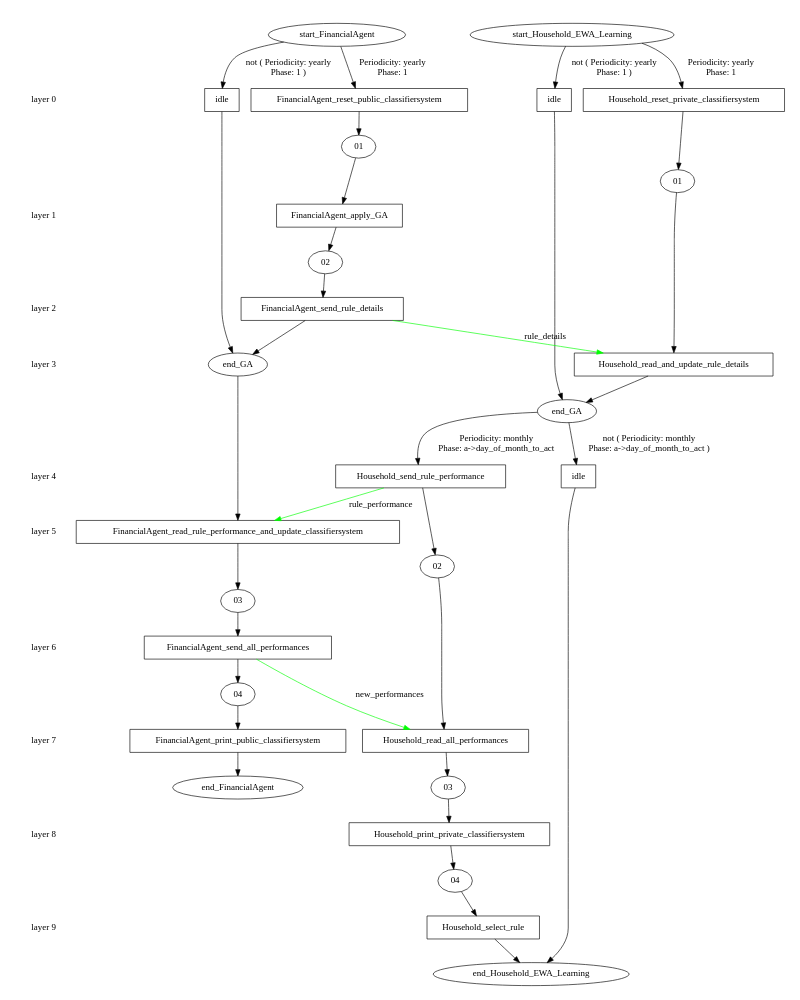
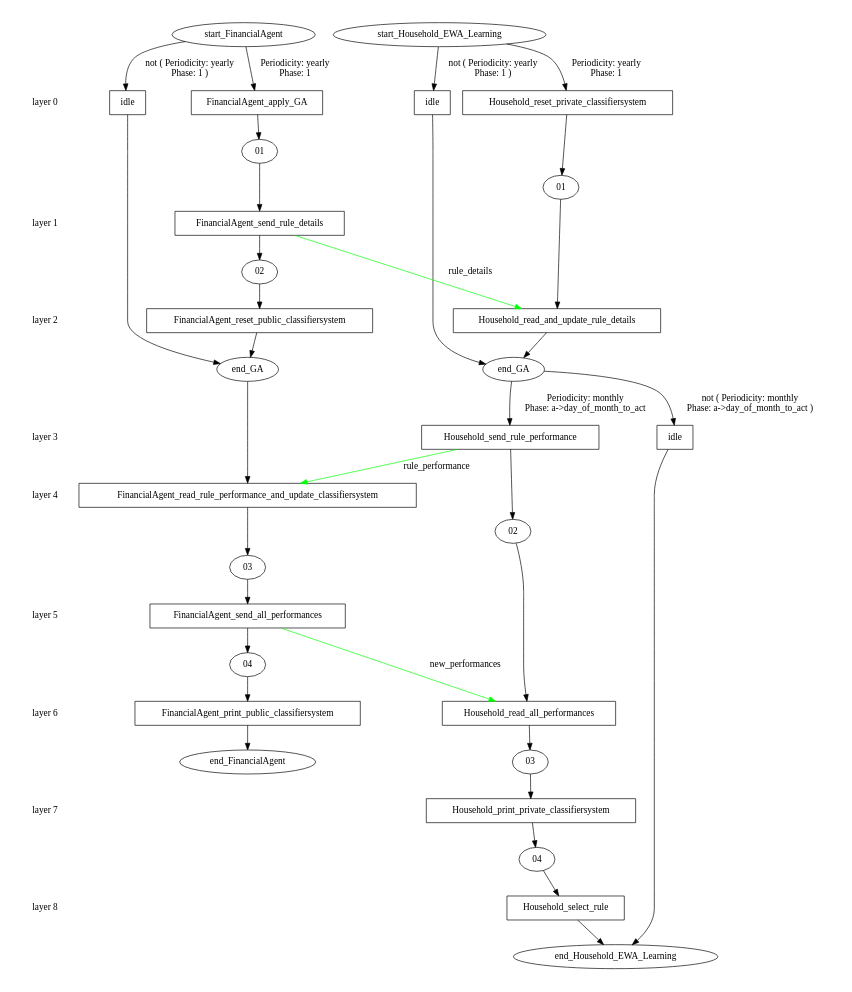
Before and after one commit to ETACE/EURACE: the diagram in models/AFM/afm_branches/initial/ewa_learning/stategraph.dot, drawn with Graphviz. The commit also changed 21 other files, not shown here.

```diff
--- a/models/AFM/afm_branches/initial/ewa_learning/stategraph.dot
+++ b/models/AFM/afm_branches/initial/ewa_learning/stategraph.dot
@@ -1,101 +1,98 @@
 digraph state_graph {
 	rankdir=TB;
 	size="8,5;"
 	layer_0 [shape=plaintext, label="layer 0"];
 	layer_1 [shape=plaintext, label="layer 1"];
 	layer_0 -> layer_1 [style=invis];
 	layer_2 [shape=plaintext, label="layer 2"];
 	layer_1 -> layer_2 [style=invis];
 	layer_3 [shape=plaintext, label="layer 3"];
 	layer_2 -> layer_3 [style=invis];
 	layer_4 [shape=plaintext, label="layer 4"];
 	layer_3 -> layer_4 [style=invis];
 	layer_5 [shape=plaintext, label="layer 5"];
 	layer_4 -> layer_5 [style=invis];
 	layer_6 [shape=plaintext, label="layer 6"];
 	layer_5 -> layer_6 [style=invis];
 	layer_7 [shape=plaintext, label="layer 7"];
 	layer_6 -> layer_7 [style=invis];
 	layer_8 [shape=plaintext, label="layer 8"];
 	layer_7 -> layer_8 [style=invis];
-	layer_9 [shape=plaintext, label="layer 9"];
-	layer_8 -> layer_9 [style=invis];
 	
 	/* States */
 	Household_04 [label = "04"]
 	Household_03 [label = "03"]
 	Household_02 [label = "02"]
 	Household_end_Household_EWA_Learning [label = "end_Household_EWA_Learning"]
 	Household_01 [label = "01"]
 	Household_end_GA [label = "end_GA"]
 	Household_start_Household_EWA_Learning [label = "start_Household_EWA_Learning"]
 	FinancialAgent_end_FinancialAgent [label = "end_FinancialAgent"]
 	FinancialAgent_04 [label = "04"]
 	FinancialAgent_03 [label = "03"]
 	FinancialAgent_02 [label = "02"]
 	FinancialAgent_01 [label = "01"]
 	FinancialAgent_end_GA [label = "end_GA"]
 	FinancialAgent_start_FinancialAgent [label = "start_FinancialAgent"]
 	Household_idle_start_Household_EWA_Learning_end_GA [label = "idle", shape = rect]
 	Household_Household_reset_private_classifiersystem_start_Household_EWA_Learning_01 [label = "Household_reset_private_classifiersystem", shape = rect]
 	Household_Household_read_and_update_rule_details_01_end_GA [label = "Household_read_and_update_rule_details", shape = rect]
 	Household_idle_end_GA_end_Household_EWA_Learning [label = "idle", shape = rect]
 	Household_Household_send_rule_performance_end_GA_02 [label = "Household_send_rule_performance", shape = rect]
 	Household_Household_read_all_performances_02_03 [label = "Household_read_all_performances", shape = rect]
 	Household_Household_print_private_classifiersystem_03_04 [label = "Household_print_private_classifiersystem", shape = rect]
 	Household_Household_select_rule_04_end_Household_EWA_Learning [label = "Household_select_rule", shape = rect]
 	FinancialAgent_idle_start_FinancialAgent_end_GA [label = "idle", shape = rect]
-	FinancialAgent_FinancialAgent_reset_public_classifiersystem_start_FinancialAgent_01 [label = "FinancialAgent_reset_public_classifiersystem", shape = rect]
-	FinancialAgent_FinancialAgent_apply_GA_01_02 [label = "FinancialAgent_apply_GA", shape = rect]
-	FinancialAgent_FinancialAgent_send_rule_details_02_end_GA [label = "FinancialAgent_send_rule_details", shape = rect]
+	FinancialAgent_FinancialAgent_apply_GA_start_FinancialAgent_01 [label = "FinancialAgent_apply_GA", shape = rect]
+	FinancialAgent_FinancialAgent_send_rule_details_01_02 [label = "FinancialAgent_send_rule_details", shape = rect]
+	FinancialAgent_FinancialAgent_reset_public_classifiersystem_02_end_GA [label = "FinancialAgent_reset_public_classifiersystem", shape = rect]
 	FinancialAgent_FinancialAgent_read_rule_performance_and_update_classifiersystem_end_GA_03 [label = "FinancialAgent_read_rule_performance_and_update_classifiersystem", shape = rect]
 	FinancialAgent_FinancialAgent_send_all_performances_03_04 [label = "FinancialAgent_send_all_performances", shape = rect]
 	FinancialAgent_FinancialAgent_print_public_classifiersystem_04_end_FinancialAgent [label = "FinancialAgent_print_public_classifiersystem", shape = rect]
 	
 	/* Transitions */
 	Household_start_Household_EWA_Learning -> Household_idle_start_Household_EWA_Learning_end_GA [ label = "not ( Periodicity: yearly\nPhase: 1 )"];
 	Household_idle_start_Household_EWA_Learning_end_GA -> Household_end_GA;
 	Household_start_Household_EWA_Learning -> Household_Household_reset_private_classifiersystem_start_Household_EWA_Learning_01 [ label = "Periodicity: yearly\nPhase: 1"];
 	Household_Household_reset_private_classifiersystem_start_Household_EWA_Learning_01 -> Household_01;
 	Household_01 -> Household_Household_read_and_update_rule_details_01_end_GA;
 	Household_Household_read_and_update_rule_details_01_end_GA -> Household_end_GA;
 	Household_end_GA -> Household_idle_end_GA_end_Household_EWA_Learning [ label = "not ( Periodicity: monthly\nPhase: a->day_of_month_to_act )"];
 	Household_idle_end_GA_end_Household_EWA_Learning -> Household_end_Household_EWA_Learning;
 	Household_end_GA -> Household_Household_send_rule_performance_end_GA_02 [ label = "Periodicity: monthly\nPhase: a->day_of_month_to_act"];
 	Household_Household_send_rule_performance_end_GA_02 -> Household_02;
 	Household_02 -> Household_Household_read_all_performances_02_03;
 	Household_Household_read_all_performances_02_03 -> Household_03;
 	Household_03 -> Household_Household_print_private_classifiersystem_03_04;
 	Household_Household_print_private_classifiersystem_03_04 -> Household_04;
 	Household_04 -> Household_Household_select_rule_04_end_Household_EWA_Learning;
 	Household_Household_select_rule_04_end_Household_EWA_Learning -> Household_end_Household_EWA_Learning;
 	FinancialAgent_start_FinancialAgent -> FinancialAgent_idle_start_FinancialAgent_end_GA [ label = "not ( Periodicity: yearly\nPhase: 1 )"];
 	FinancialAgent_idle_start_FinancialAgent_end_GA -> FinancialAgent_end_GA;
-	FinancialAgent_start_FinancialAgent -> FinancialAgent_FinancialAgent_reset_public_classifiersystem_start_FinancialAgent_01 [ label = "Periodicity: yearly\nPhase: 1"];
-	FinancialAgent_FinancialAgent_reset_public_classifiersystem_start_FinancialAgent_01 -> FinancialAgent_01;
-	FinancialAgent_01 -> FinancialAgent_FinancialAgent_apply_GA_01_02;
-	FinancialAgent_FinancialAgent_apply_GA_01_02 -> FinancialAgent_02;
-	FinancialAgent_02 -> FinancialAgent_FinancialAgent_send_rule_details_02_end_GA;
-	FinancialAgent_FinancialAgent_send_rule_details_02_end_GA -> FinancialAgent_end_GA;
+	FinancialAgent_start_FinancialAgent -> FinancialAgent_FinancialAgent_apply_GA_start_FinancialAgent_01 [ label = "Periodicity: yearly\nPhase: 1"];
+	FinancialAgent_FinancialAgent_apply_GA_start_FinancialAgent_01 -> FinancialAgent_01;
+	FinancialAgent_01 -> FinancialAgent_FinancialAgent_send_rule_details_01_02;
+	FinancialAgent_FinancialAgent_send_rule_details_01_02 -> FinancialAgent_02;
+	FinancialAgent_02 -> FinancialAgent_FinancialAgent_reset_public_classifiersystem_02_end_GA;
+	FinancialAgent_FinancialAgent_reset_public_classifiersystem_02_end_GA -> FinancialAgent_end_GA;
 	FinancialAgent_end_GA -> FinancialAgent_FinancialAgent_read_rule_performance_and_update_classifiersystem_end_GA_03;
 	FinancialAgent_FinancialAgent_read_rule_performance_and_update_classifiersystem_end_GA_03 -> FinancialAgent_03;
 	FinancialAgent_03 -> FinancialAgent_FinancialAgent_send_all_performances_03_04;
 	FinancialAgent_FinancialAgent_send_all_performances_03_04 -> FinancialAgent_04;
 	FinancialAgent_04 -> FinancialAgent_FinancialAgent_print_public_classifiersystem_04_end_FinancialAgent;
 	FinancialAgent_FinancialAgent_print_public_classifiersystem_04_end_FinancialAgent -> FinancialAgent_end_FinancialAgent;
 	
 	/* Communications */
 	Household_Household_send_rule_performance_end_GA_02 -> FinancialAgent_FinancialAgent_read_rule_performance_and_update_classifiersystem_end_GA_03 [ label = "rule_performance" color="#00ff00" constraint=false];
 	FinancialAgent_FinancialAgent_send_all_performances_03_04 -> Household_Household_read_all_performances_02_03 [ label = "new_performances" color="#00ff00" constraint=false];
-	FinancialAgent_FinancialAgent_send_rule_details_02_end_GA -> Household_Household_read_and_update_rule_details_01_end_GA [ label = "rule_details" color="#00ff00" constraint=false];
-	{ rank=same; layer_0;  Household_idle_start_Household_EWA_Learning_end_GA;  Household_Household_reset_private_classifiersystem_start_Household_EWA_Learning_01;  FinancialAgent_idle_start_FinancialAgent_end_GA;  FinancialAgent_FinancialAgent_reset_public_classifiersystem_start_FinancialAgent_01; }
-	{ rank=same; layer_1;  FinancialAgent_FinancialAgent_apply_GA_01_02; }
-	{ rank=same; layer_2;  FinancialAgent_FinancialAgent_send_rule_details_02_end_GA; }
-	{ rank=same; layer_3;  Household_Household_read_and_update_rule_details_01_end_GA; }
-	{ rank=same; layer_4;  Household_idle_end_GA_end_Household_EWA_Learning;  Household_Household_send_rule_performance_end_GA_02; }
-	{ rank=same; layer_5;  FinancialAgent_FinancialAgent_read_rule_performance_and_update_classifiersystem_end_GA_03; }
-	{ rank=same; layer_6;  FinancialAgent_FinancialAgent_send_all_performances_03_04; }
-	{ rank=same; layer_7;  Household_Household_read_all_performances_02_03;  FinancialAgent_FinancialAgent_print_public_classifiersystem_04_end_FinancialAgent; }
-	{ rank=same; layer_8;  Household_Household_print_private_classifiersystem_03_04; }
-	{ rank=same; layer_9;  Household_Household_select_rule_04_end_Household_EWA_Learning; }
+	FinancialAgent_FinancialAgent_send_rule_details_01_02 -> Household_Household_read_and_update_rule_details_01_end_GA [ label = "rule_details" color="#00ff00" constraint=false];
+	{ rank=same; layer_0;  Household_idle_start_Household_EWA_Learning_end_GA;  Household_Household_reset_private_classifiersystem_start_Household_EWA_Learning_01;  FinancialAgent_idle_start_FinancialAgent_end_GA;  FinancialAgent_FinancialAgent_apply_GA_start_FinancialAgent_01; }
+	{ rank=same; layer_1;  FinancialAgent_FinancialAgent_send_rule_details_01_02; }
+	{ rank=same; layer_2;  Household_Household_read_and_update_rule_details_01_end_GA;  FinancialAgent_FinancialAgent_reset_public_classifiersystem_02_end_GA; }
+	{ rank=same; layer_3;  Household_idle_end_GA_end_Household_EWA_Learning;  Household_Household_send_rule_performance_end_GA_02; }
+	{ rank=same; layer_4;  FinancialAgent_FinancialAgent_read_rule_performance_and_update_classifiersystem_end_GA_03; }
+	{ rank=same; layer_5;  FinancialAgent_FinancialAgent_send_all_performances_03_04; }
+	{ rank=same; layer_6;  Household_Household_read_all_performances_02_03;  FinancialAgent_FinancialAgent_print_public_classifiersystem_04_end_FinancialAgent; }
+	{ rank=same; layer_7;  Household_Household_print_private_classifiersystem_03_04; }
+	{ rank=same; layer_8;  Household_Household_select_rule_04_end_Household_EWA_Learning; }
 }
```
